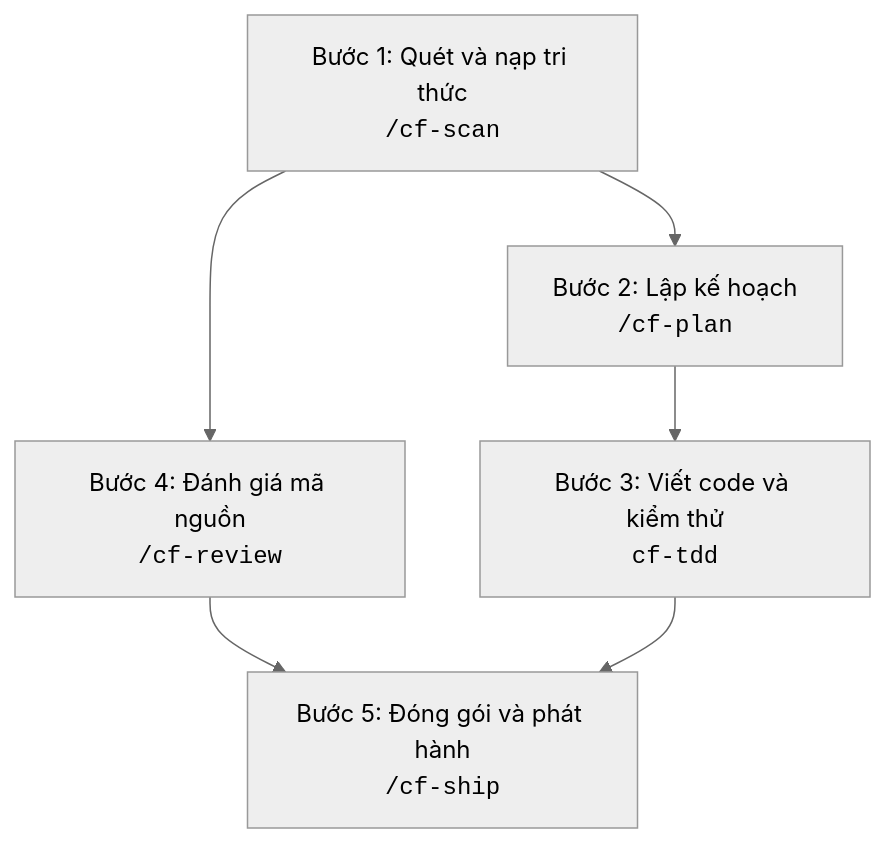
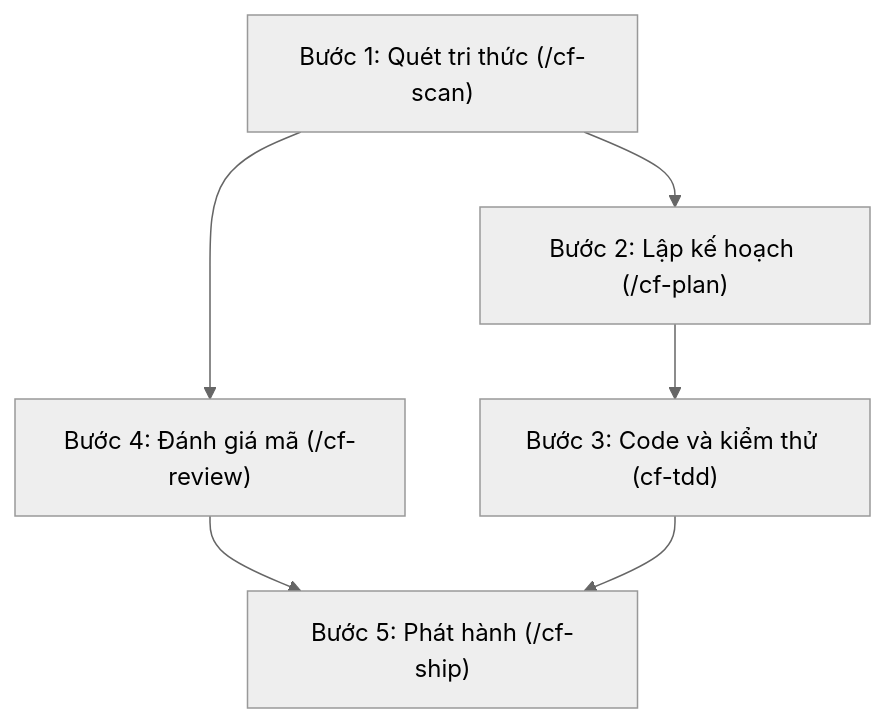
Before and after one commit to nguyengoctin/my_website: the first of 6 diagrams in content/posts/toan-tap-coding-friend-ai-engineering.md, drawn with Mermaid (neutral theme). The commit also changed other lines of this file and 9 other files, not shown here.

````diff
--- a/content/posts/toan-tap-coding-friend-ai-engineering.md
+++ b/content/posts/toan-tap-coding-friend-ai-engineering.md
@@ -43,8 +43,13 @@
 ```mermaid
 flowchart TD
-    Scan["Bước 1: Quét và nạp tri thức<br/><code>/cf-scan</code>"] --> Plan["Bước 2: Lập kế hoạch<br/><code>/cf-plan</code>"]
-    Plan --> Code["Bước 3: Viết code và kiểm thử<br/><code>cf-tdd</code>"]
-    Scan --> Review["Bước 4: Đánh giá mã nguồn<br/><code>/cf-review</code>"]
-    Review --> Ship["Bước 5: Đóng gói và phát hành<br/><code>/cf-ship</code>"]
+    Scan["`Bước 1: Quét tri thức (/cf-scan)`"]
+    Plan["`Bước 2: Lập kế hoạch (/cf-plan)`"]
+    Code["`Bước 3: Code và kiểm thử (cf-tdd)`"]
+    Review["`Bước 4: Đánh giá mã (/cf-review)`"]
+    Ship["`Bước 5: Phát hành (/cf-ship)`"]
+    Scan --> Plan
+    Plan --> Code
+    Scan --> Review
+    Review --> Ship
     Code --> Ship
 ```
````
